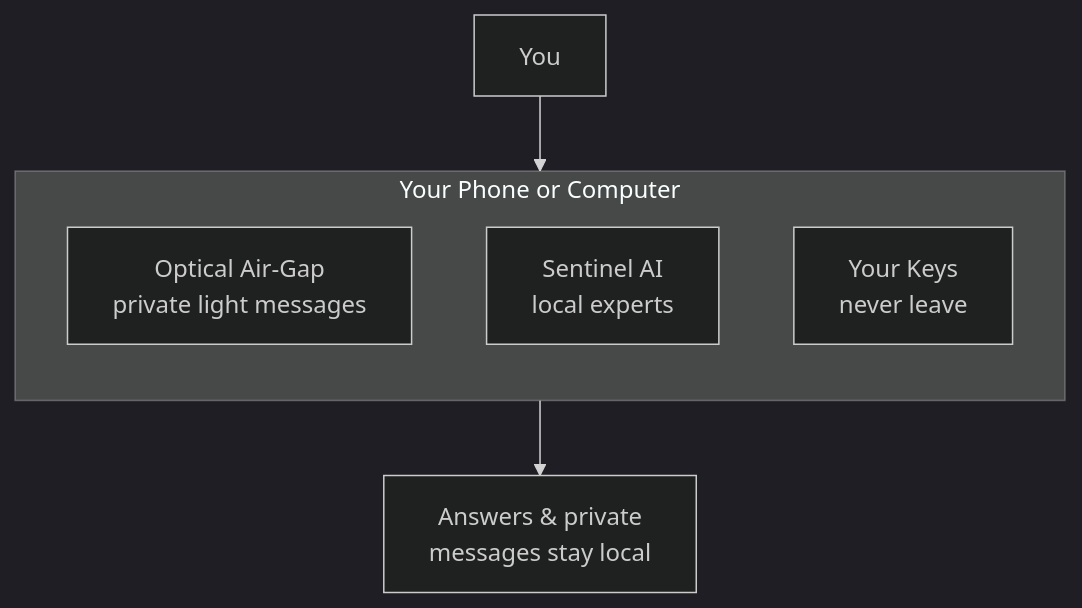
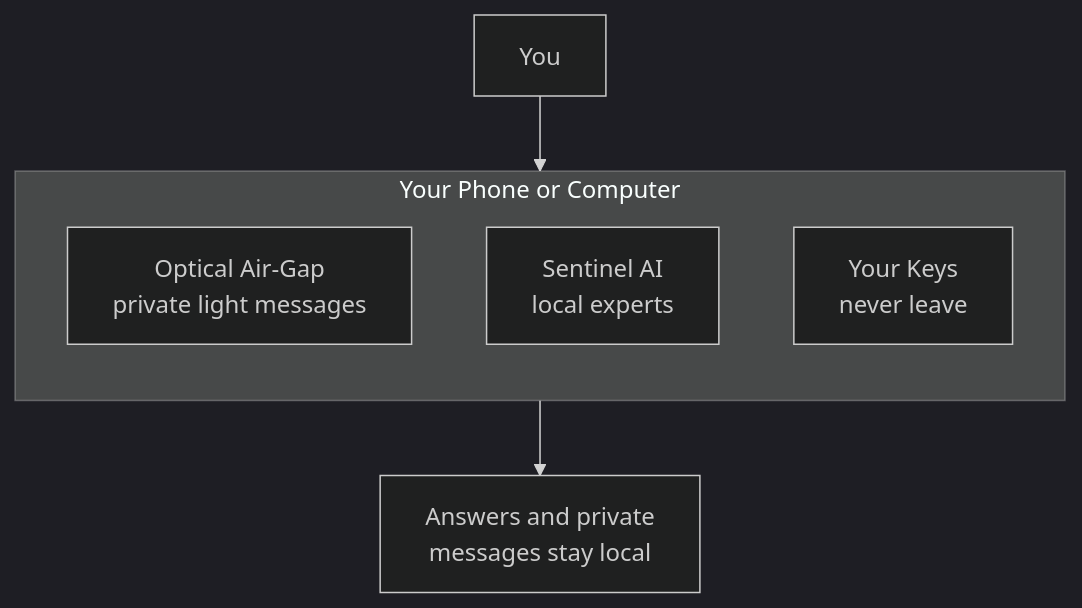
One commit to Sentinel-Architech/The-Remote-Viewer changed the sixth of 6 diagrams in VISUAL-GUIDE.md. Above: the diagram before and after it, drawn with Mermaid (dark theme). The commit also changed other lines of this file, not shown here.

Commit message:
Make Visual Guide ADA-accessible with text alternatives for every diagram

````diff
--- a/VISUAL-GUIDE.md
+++ b/VISUAL-GUIDE.md
@@ -124,12 +214,12 @@
 ```mermaid
 flowchart TD
     subgraph Device[Your Phone or Computer]
         direction TB
         OPT[Optical Air-Gap\nprivate light messages]
         AI[Sentinel AI\nlocal experts]
         KEYS[Your Keys\nnever leave]
     end
 
     YOU[You] --> Device
-    Device --> OUT[Answers & private\nmessages stay local]
+    Device --> OUT[Answers and private\nmessages stay local]
 ```
````
